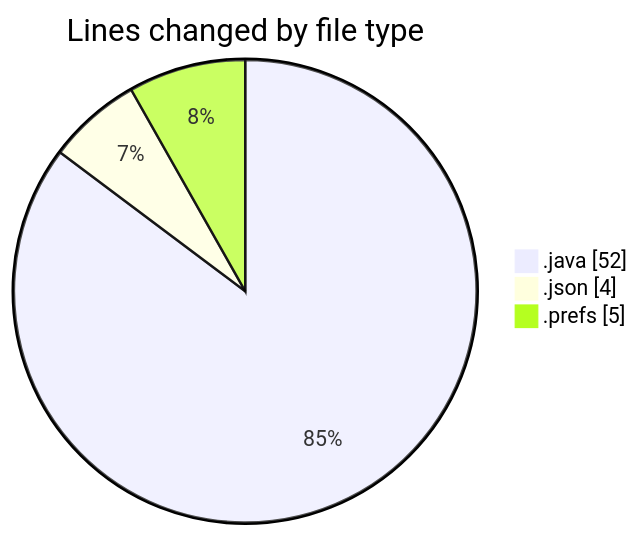
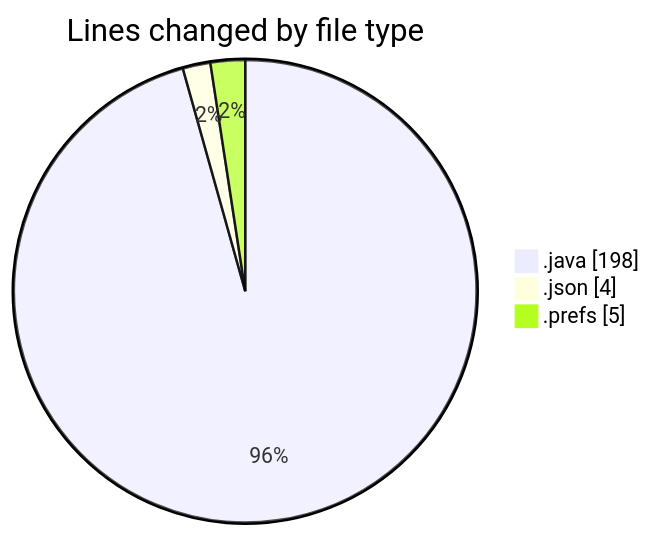
One commit to ricardozamudiocil/code-tracking changed the first of 2 diagrams in 2026-04-24/cilwebcustomercomunication/README.md. Above: the diagram before and after it, drawn with Mermaid. The commit also changed other lines of this file and 1 other file, not shown here.

````diff
--- a/2026-04-24/cilwebcustomercomunication/README.md
+++ b/2026-04-24/cilwebcustomercomunication/README.md
@@ -22,7 +23,7 @@
 ```mermaid
 pie showData
 title Lines changed by file type
-".java" : 52
+".java" : 198
 ".json" : 4
 ".prefs" : 5
 ```
````
